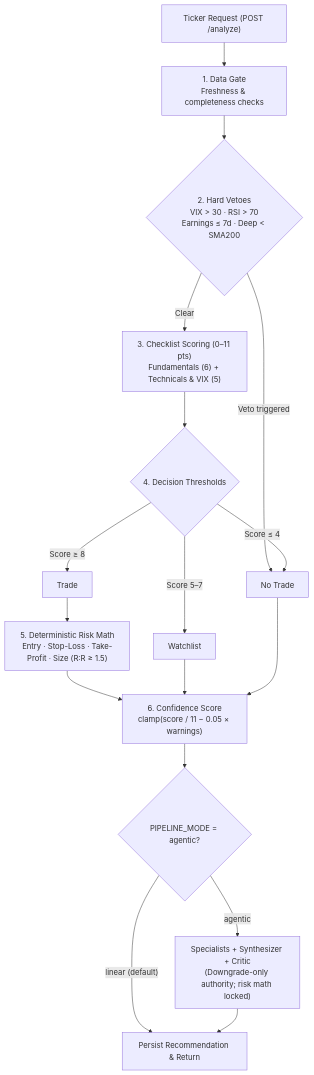
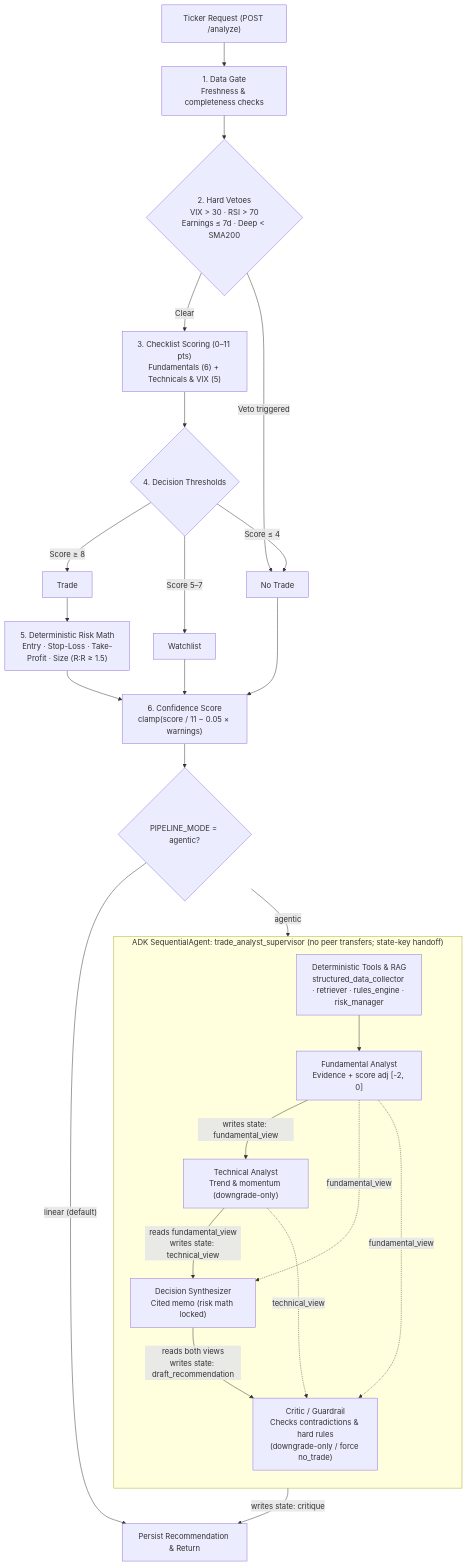
One commit to ibudasov/forseti changed the diagram in README.md. Above: the diagram before and after it, drawn with Mermaid.

Commit message:
Expand README decision flow diagram with agentic state-key communication

````diff
--- a/README.md
+++ b/README.md
@@ -24,19 +24,37 @@
 ```mermaid
 flowchart TD
     A["Ticker Request (POST /analyze)"] --> B["1. Data Gate<br/>Freshness & completeness checks"]
     B --> C{"2. Hard Vetoes<br/>VIX > 30 · RSI > 70<br/>Earnings ≤ 7d · Deep < SMA200"}
     C -- "Veto triggered" --> NT["No Trade"]
     C -- "Clear" --> D["3. Checklist Scoring (0–11 pts)<br/>Fundamentals (6) + Technicals & VIX (5)"]
     D --> E{"4. Decision Thresholds"}
     E -- "Score ≥ 8" --> T["Trade"]
     E -- "Score 5–7" --> W["Watchlist"]
     E -- "Score ≤ 4" --> NT
     T --> F["5. Deterministic Risk Math<br/>Entry · Stop-Loss · Take-Profit · Size (R:R ≥ 1.5)"]
     F --> G["6. Confidence Score<br/>clamp(score / 11 − 0.05 × warnings)"]
     W --> G
     NT --> G
     G --> H{"PIPELINE_MODE = agentic?"}
     H -- "linear (default)" --> I["Persist Recommendation & Return"]
-    H -- "agentic" --> J["Specialists + Synthesizer + Critic<br/>(Downgrade-only authority; risk math locked)"]
-    J --> I
+
+    subgraph AG["ADK SequentialAgent: trade_analyst_supervisor (no peer transfers; state-key handoff)"]
+        direction TB
+        PREP["Deterministic Tools & RAG<br/>structured_data_collector · retriever · rules_engine · risk_manager"]
+        FA["Fundamental Analyst<br/>Evidence + score adj [-2, 0]"]
+        TA["Technical Analyst<br/>Trend & momentum (downgrade-only)"]
+        DS["Decision Synthesizer<br/>Cited memo (risk math locked)"]
+        CR["Critic / Guardrail<br/>Checks contradictions & hard rules<br/>(downgrade-only / force no_trade)"]
+
+        PREP --> FA
+        FA -- "writes state: fundamental_view" --> TA
+        TA -- "reads fundamental_view<br/>writes state: technical_view" --> DS
+        FA -. "fundamental_view" .-> DS
+        DS -- "reads both views<br/>writes state: draft_recommendation" --> CR
+        FA -. "fundamental_view" .-> CR
+        TA -. "technical_view" .-> CR
+    end
+
+    H -- "agentic" --> PREP
+    CR -- "writes state: critique" --> I
 ```
````
